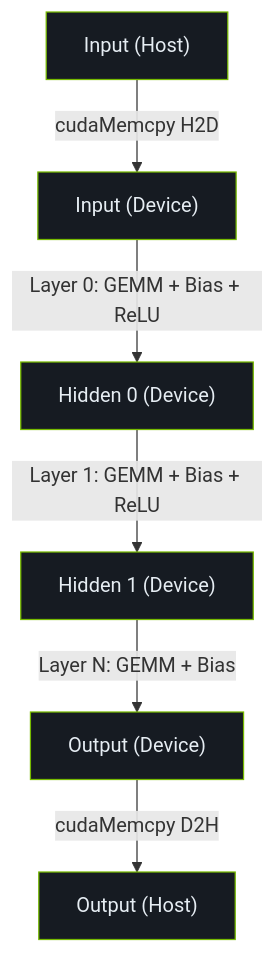
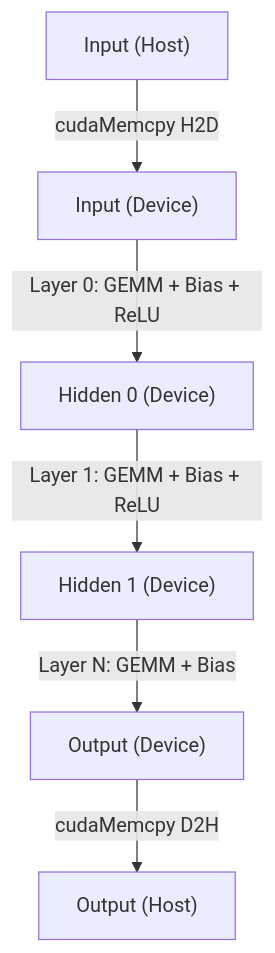
Before and after one commit to LessUp/cuda-kernel-academy: the third of 3 diagrams in docs/zh/modules/04/architecture.md, drawn with Mermaid. The commit also changed other lines of this file and 45 other files, not shown here.

````diff
--- a/docs/zh/modules/04/architecture.md
+++ b/docs/zh/modules/04/architecture.md
@@ -180,15 +141,9 @@
 ```mermaid
 flowchart TB
     Input["Input (Host)"] -->|"cudaMemcpy H2D"| DInput["Input (Device)"]
     DInput -->|"Layer 0: GEMM + Bias + ReLU"| H0["Hidden 0 (Device)"]
     H0 -->|"Layer 1: GEMM + Bias + ReLU"| H1["Hidden 1 (Device)"]
     H1 -->|"Layer N: GEMM + Bias"| DOutput["Output (Device)"]
     DOutput -->|"cudaMemcpy D2H"| Output["Output (Host)"]
 
-    style Input fill:#161b22,stroke:#76B900,color:#e6edf3
-    style DInput fill:#161b22,stroke:#76B900,color:#e6edf3
-    style H0 fill:#161b22,stroke:#76B900,color:#e6edf3
-    style H1 fill:#161b22,stroke:#76B900,color:#e6edf3
-    style DOutput fill:#161b22,stroke:#76B900,color:#e6edf3
-    style Output fill:#161b22,stroke:#76B900,color:#e6edf3
 ```
````
